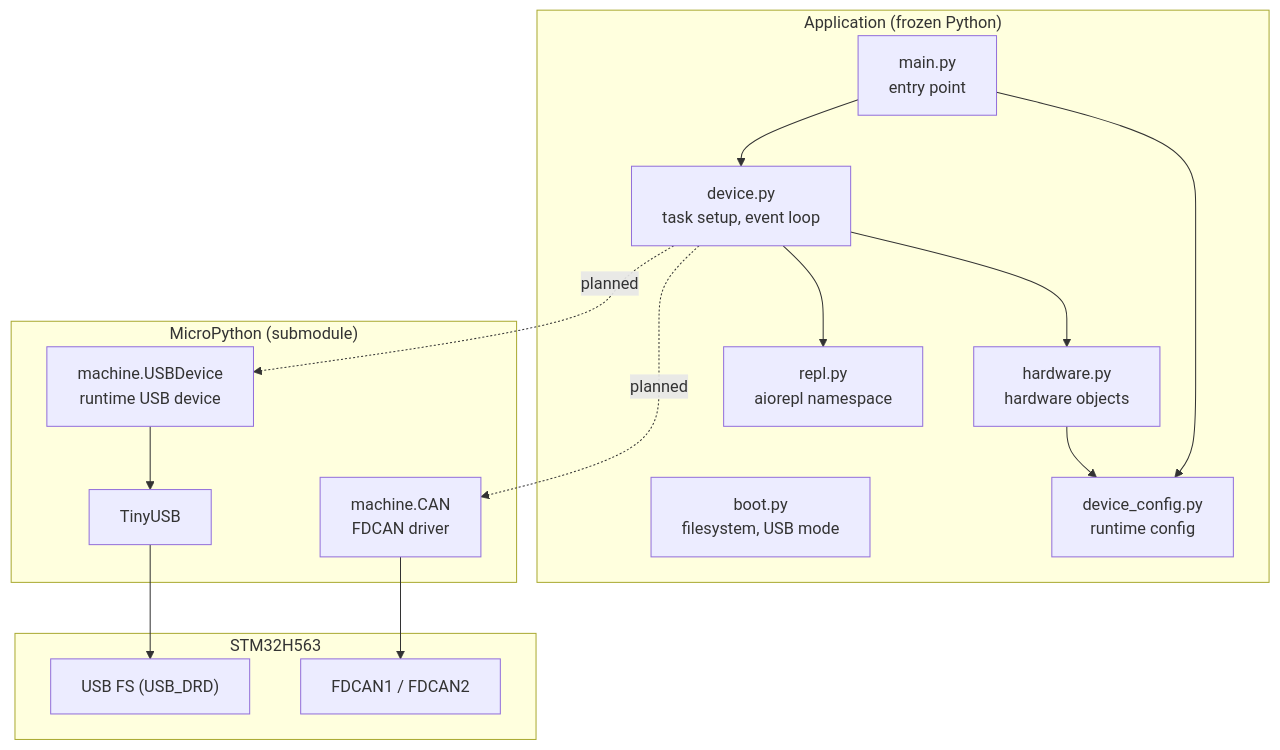
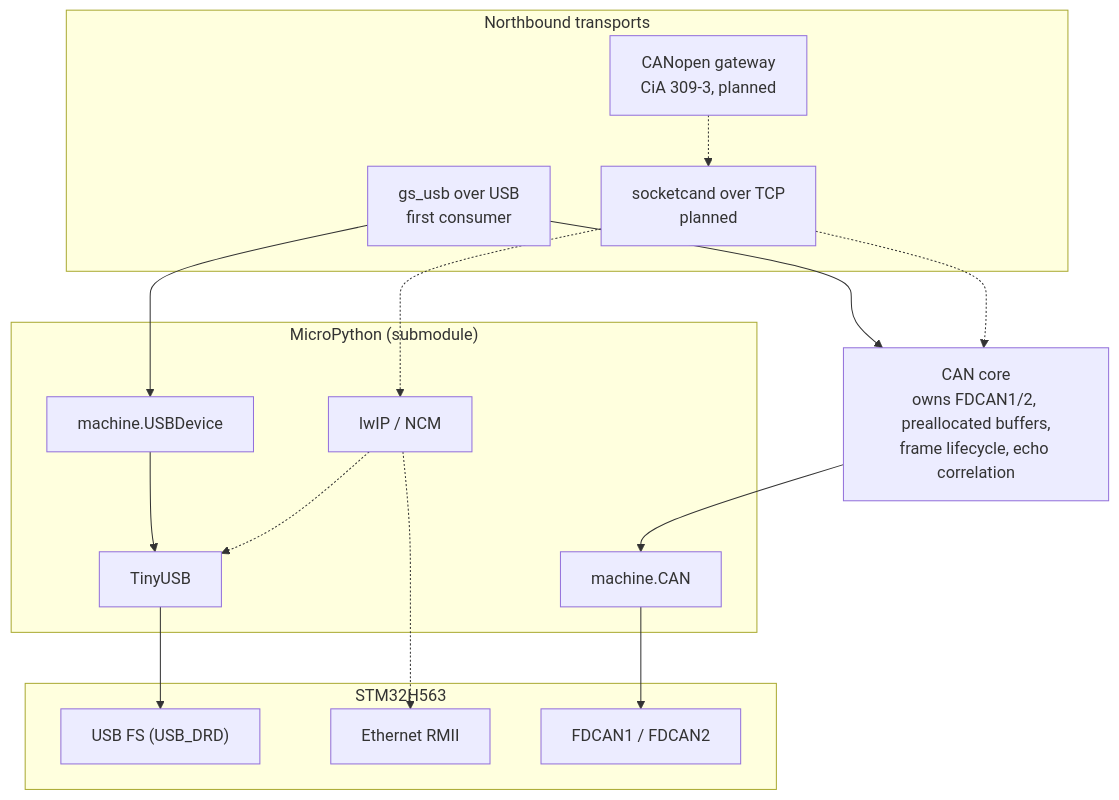
The second of 5 diagrams in docs/architecture.md (andrewleech/mpy-usb2can), drawn with Mermaid before and after one commit. The commit also changed other lines of this file, not shown here.

Commit message:
Draw the CAN core as the owner and transports as consumers
The layering diagram showed gs_usb as the data plane. It is the first consumer
of a CAN core that owns the controllers, the preallocated buffers and the frame
lifecycle, which is what allows a network transport to be added without a
second implementation competing for the same controller.

Records the constraints on any added transport: it may not alter the gs_usb
wire contract, contention between transports on one channel is an explicit
decision, and the practical limit is bus bandwidth rather than endpoints, since
gs_usb plus the CDC REPL plus NCM fits both the endpoint and packet-memory
budgets but NCM shares the Full Speed bus while Ethernet does not.

````diff
--- a/docs/architecture.md
+++ b/docs/architecture.md
@@ -56,33 +61,35 @@
 ```mermaid
 flowchart TD
-    subgraph app["Application (frozen Python)"]
-        boot["boot.py<br/>filesystem, USB mode"]
-        main["main.py<br/>entry point"]
-        device["device.py<br/>task setup, event loop"]
-        hardware["hardware.py<br/>hardware objects"]
-        config["device_config.py<br/>runtime config"]
-        repl["repl.py<br/>aiorepl namespace"]
+    subgraph transports["Northbound transports"]
+        gsusb["gs_usb over USB<br/>first consumer"]
+        sockcand["socketcand over TCP<br/>planned"]
+        canopen["CANopen gateway<br/>CiA 309-3, planned"]
     end
 
+    core["CAN core<br/>owns FDCAN1/2, preallocated buffers,<br/>frame lifecycle, echo correlation"]
+
     subgraph port["MicroPython (submodule)"]
-        usbdev["machine.USBDevice<br/>runtime USB device"]
-        can["machine.CAN<br/>FDCAN driver"]
+        usbdev["machine.USBDevice"]
+        net["lwIP / NCM"]
+        can["machine.CAN"]
         tusb["TinyUSB"]
     end
 
     subgraph hw["STM32H563"]
         usbip["USB FS (USB_DRD)"]
+        eth["Ethernet RMII"]
         fdcan["FDCAN1 / FDCAN2"]
     end
 
-    main --> device
-    main --> config
-    device --> hardware
-    device --> repl
-    hardware --> config
-    device -.->|"planned"| usbdev
-    device -.->|"planned"| can
+    gsusb --> core
+    sockcand -.-> core
+    canopen -.-> sockcand
+    core --> can
+    gsusb --> usbdev
+    sockcand -.-> net
     usbdev --> tusb
+    net -.-> tusb
     tusb --> usbip
+    net -.-> eth
     can --> fdcan
 ```
````
